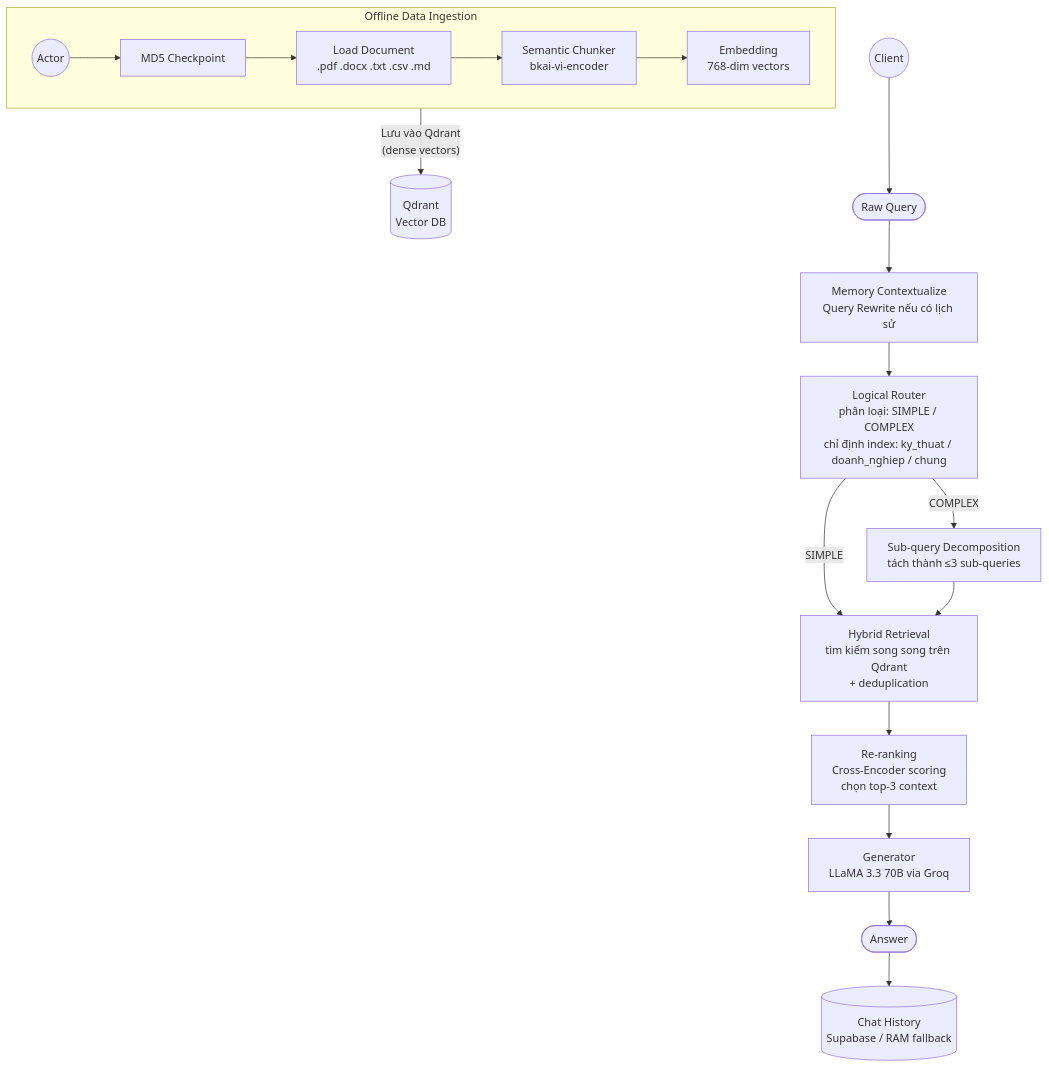
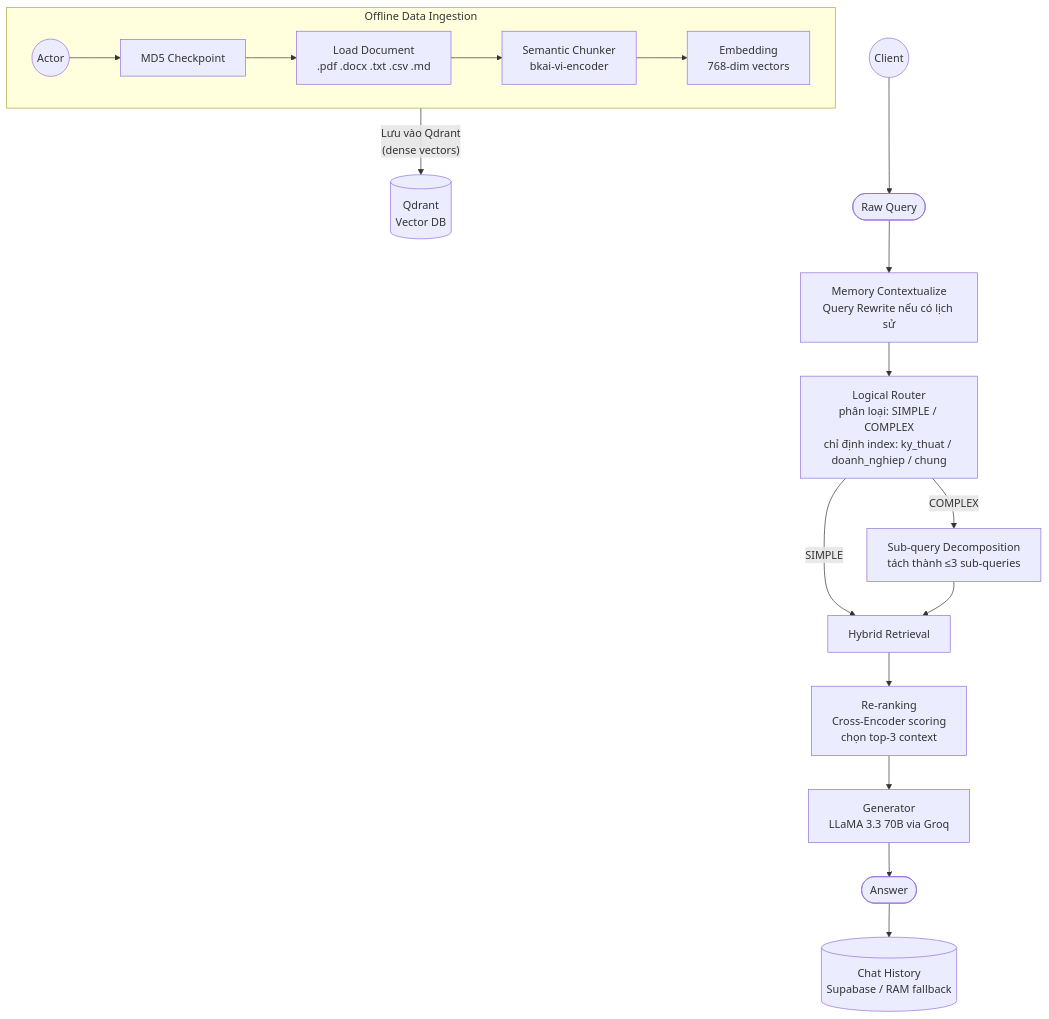
Before and after one commit to DusTran0804/Rag_ChatBot: the diagram in README.md, drawn with Mermaid.

````diff
--- a/README.md
+++ b/README.md
@@ -23,30 +23,30 @@
 ```mermaid
 flowchart TD
     %% Ingestion Pipeline
     subgraph Ingestion ["Offline Data Ingestion"]
         direction LR
         A1((Actor)) --> B1[MD5 Checkpoint]
         B1 --> B2[Load Document\n.pdf .docx .txt .csv .md]
         B2 --> C1[Semantic Chunker\nbkai-vi-encoder]
         C1 --> D1[Embedding\n768-dim vectors]
     end
 
     D1 -- "Lưu vào Qdrant\n(dense vectors)" --> VDB[(Qdrant\nVector DB)]
 
     %% Query Pipeline
     U1((Client)) --> Q1([Raw Query])
 
     Q1 --> MEM["Memory Contextualize\nQuery Rewrite nếu có lịch sử"]
     MEM --> QR["Logical Router\nphân loại: SIMPLE / COMPLEX\nchỉ định index: ky_thuat / doanh_nghiep / chung"]
 
     QR -- "SIMPLE" --> RET
     QR -- "COMPLEX" --> QT["Sub-query Decomposition\ntách thành ≤3 sub-queries"]
     QT --> RET
 
-    RET["Hybrid Retrieval\ntìm kiếm song song trên Qdrant\n+ deduplication"] --> RRK["Re-ranking\nCross-Encoder scoring\nchọn top-3 context"]
+    RET["Hybrid Retrieval"] --> RRK["Re-ranking\nCross-Encoder scoring\nchọn top-3 context"]
 
     RRK --> GEN["Generator\nLLaMA 3.3 70B via Groq"]
     GEN --> ANS([Answer])
 
     ANS --> DB[("Chat History\nSupabase / RAM fallback")]
 ```
````
